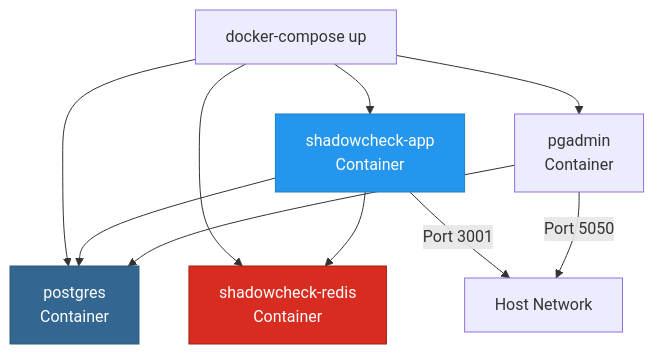
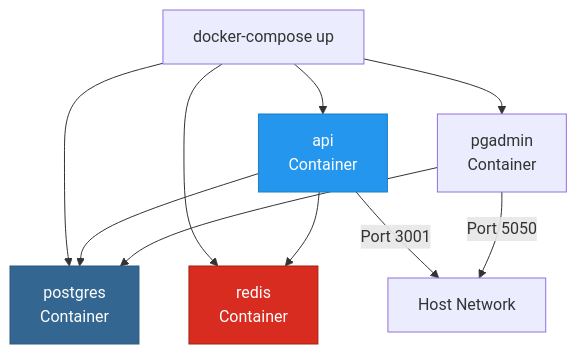
The eighth of 11 diagrams in .github/wiki/Architecture.md (cyclonite69/shadowcheck-web), drawn with Mermaid before and after one commit. The commit also changed other lines of this file and 3 other files, not shown here.

First line of the commit message:
docs(wiki): fix Vite version and Docker service names in diagrams

````diff
--- a/.github/wiki/Architecture.md
+++ b/.github/wiki/Architecture.md
@@ -654,18 +654,18 @@
 ```mermaid
 graph TB
-    A[docker-compose up] --> B[shadowcheck-app<br/>Container]
+    A[docker-compose up] --> B[api<br/>Container]
     A --> C[postgres<br/>Container]
-    A --> D[shadowcheck-redis<br/>Container]
+    A --> D[redis<br/>Container]
     A --> E[pgadmin<br/>Container]
 
     B --> C
     B --> D
     E --> C
 
     B -->|Port 3001| F[Host Network]
     E -->|Port 5050| F
 
     style B fill:#2496ed,stroke:#1d7fc1,color:#fff
     style C fill:#336791,stroke:#2d5a7b,color:#fff
     style D fill:#d82c20,stroke:#a41e11,color:#fff
 ```
````
